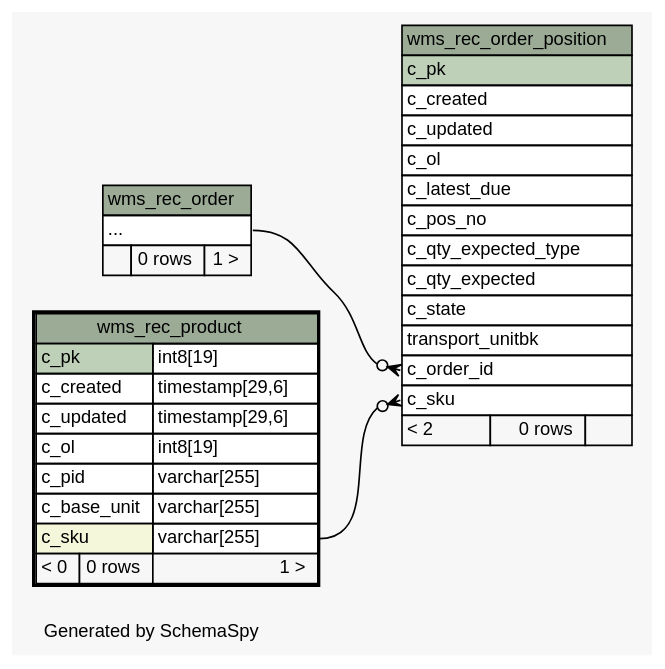
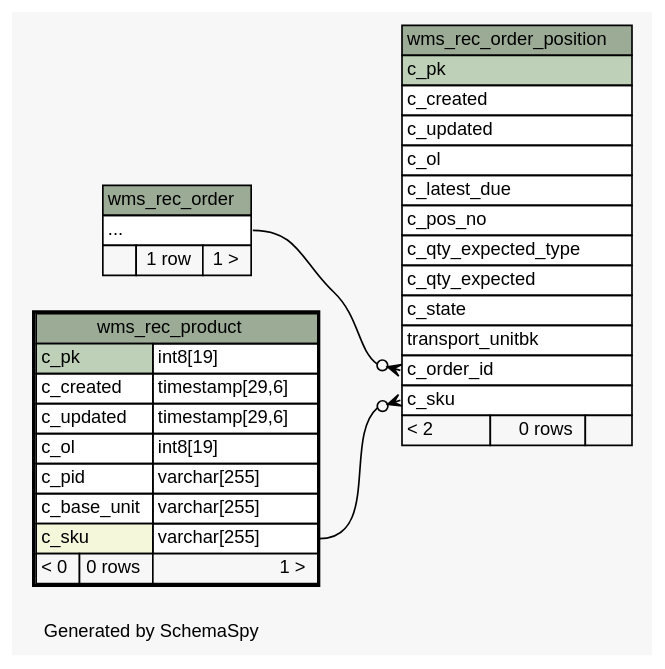
One commit to openwms/org.openwms.wms.receiving.lib changed the diagram in schemaspy/diagrams/wms_rec_product.2degrees.dot. Above: the diagram before and after it, drawn with Graphviz. The commit also changed 163 other files, not shown here.

```diff
--- a/schemaspy/diagrams/wms_rec_product.2degrees.dot
+++ b/schemaspy/diagrams/wms_rec_product.2degrees.dot
@@ -1,71 +1,71 @@
 // dot 2.36.0 on Linux 4.4.0-101-generic
 // SchemaSpy rev Unknown
 digraph "twoDegreesRelationshipsDiagram" {
   graph [
     rankdir="RL"
     bgcolor="#f7f7f7"
     label="\nGenerated by SchemaSpy"
     labeljust="l"
     nodesep="0.18"
     ranksep="0.46"
     fontname="Helvetica"
     fontsize="11"
   ];
   node [
     fontname="Helvetica"
     fontsize="11"
     shape="plaintext"
   ];
   edge [
     arrowsize="0.8"
   ];
   "wms_rec_order_position":"c_order_id":w -> "wms_rec_order":"elipses":e [arrowhead=none dir=back arrowtail=crowodot];
   "wms_rec_order_position":"c_sku":w -> "wms_rec_product":"c_sku.type":e [arrowhead=none dir=back arrowtail=crowodot];
   "wms_rec_order" [
     label=<
     <TABLE BORDER="0" CELLBORDER="1" CELLSPACING="0" BGCOLOR="#ffffff">
       <TR><TD COLSPAN="3" BGCOLOR="#9bab96" ALIGN="CENTER">wms_rec_order</TD></TR>
       <TR><TD PORT="elipses" COLSPAN="3" ALIGN="LEFT">...</TD></TR>
-      <TR><TD ALIGN="LEFT" BGCOLOR="#f7f7f7">  </TD><TD ALIGN="RIGHT" BGCOLOR="#f7f7f7">0 rows</TD><TD ALIGN="RIGHT" BGCOLOR="#f7f7f7">1 &gt;</TD></TR>
+      <TR><TD ALIGN="LEFT" BGCOLOR="#f7f7f7">  </TD><TD ALIGN="RIGHT" BGCOLOR="#f7f7f7">1 row</TD><TD ALIGN="RIGHT" BGCOLOR="#f7f7f7">1 &gt;</TD></TR>
     </TABLE>>
     URL="wms_rec_order.html"
     tooltip="wms_rec_order"
   ];
   "wms_rec_order_position" [
     label=<
     <TABLE BORDER="0" CELLBORDER="1" CELLSPACING="0" BGCOLOR="#ffffff">
       <TR><TD COLSPAN="3" BGCOLOR="#9bab96" ALIGN="CENTER">wms_rec_order_position</TD></TR>
       <TR><TD PORT="c_pk" COLSPAN="3" BGCOLOR="#bed1b8" ALIGN="LEFT">c_pk</TD></TR>
       <TR><TD PORT="c_created" COLSPAN="3" ALIGN="LEFT">c_created</TD></TR>
       <TR><TD PORT="c_updated" COLSPAN="3" ALIGN="LEFT">c_updated</TD></TR>
       <TR><TD PORT="c_ol" COLSPAN="3" ALIGN="LEFT">c_ol</TD></TR>
       <TR><TD PORT="c_latest_due" COLSPAN="3" ALIGN="LEFT">c_latest_due</TD></TR>
       <TR><TD PORT="c_pos_no" COLSPAN="3" ALIGN="LEFT">c_pos_no</TD></TR>
       <TR><TD PORT="c_qty_expected_type" COLSPAN="3" ALIGN="LEFT">c_qty_expected_type</TD></TR>
       <TR><TD PORT="c_qty_expected" COLSPAN="3" ALIGN="LEFT">c_qty_expected</TD></TR>
       <TR><TD PORT="c_state" COLSPAN="3" ALIGN="LEFT">c_state</TD></TR>
       <TR><TD PORT="transport_unitbk" COLSPAN="3" ALIGN="LEFT">transport_unitbk</TD></TR>
       <TR><TD PORT="c_order_id" COLSPAN="3" ALIGN="LEFT">c_order_id</TD></TR>
       <TR><TD PORT="c_sku" COLSPAN="3" ALIGN="LEFT">c_sku</TD></TR>
       <TR><TD ALIGN="LEFT" BGCOLOR="#f7f7f7">&lt; 2</TD><TD ALIGN="RIGHT" BGCOLOR="#f7f7f7">0 rows</TD><TD ALIGN="RIGHT" BGCOLOR="#f7f7f7">  </TD></TR>
     </TABLE>>
     URL="wms_rec_order_position.html"
     tooltip="wms_rec_order_position"
   ];
   "wms_rec_product" [
     label=<
     <TABLE BORDER="2" CELLBORDER="1" CELLSPACING="0" BGCOLOR="#ffffff">
       <TR><TD COLSPAN="3" BGCOLOR="#9bab96" ALIGN="CENTER">wms_rec_product</TD></TR>
       <TR><TD PORT="c_pk" COLSPAN="2" BGCOLOR="#bed1b8" ALIGN="LEFT">c_pk</TD><TD PORT="c_pk.type" ALIGN="LEFT">int8[19]</TD></TR>
       <TR><TD PORT="c_created" COLSPAN="2" ALIGN="LEFT">c_created</TD><TD PORT="c_created.type" ALIGN="LEFT">timestamp[29,6]</TD></TR>
       <TR><TD PORT="c_updated" COLSPAN="2" ALIGN="LEFT">c_updated</TD><TD PORT="c_updated.type" ALIGN="LEFT">timestamp[29,6]</TD></TR>
       <TR><TD PORT="c_ol" COLSPAN="2" ALIGN="LEFT">c_ol</TD><TD PORT="c_ol.type" ALIGN="LEFT">int8[19]</TD></TR>
       <TR><TD PORT="c_pid" COLSPAN="2" ALIGN="LEFT">c_pid</TD><TD PORT="c_pid.type" ALIGN="LEFT">varchar[255]</TD></TR>
       <TR><TD PORT="c_base_unit" COLSPAN="2" ALIGN="LEFT">c_base_unit</TD><TD PORT="c_base_unit.type" ALIGN="LEFT">varchar[255]</TD></TR>
       <TR><TD PORT="c_sku" COLSPAN="2" BGCOLOR="#f4f7da" ALIGN="LEFT">c_sku</TD><TD PORT="c_sku.type" ALIGN="LEFT">varchar[255]</TD></TR>
       <TR><TD ALIGN="LEFT" BGCOLOR="#f7f7f7">&lt; 0</TD><TD ALIGN="RIGHT" BGCOLOR="#f7f7f7">0 rows</TD><TD ALIGN="RIGHT" BGCOLOR="#f7f7f7">1 &gt;</TD></TR>
     </TABLE>>
     URL="wms_rec_product.html"
     tooltip="wms_rec_product"
   ];
 }
```
